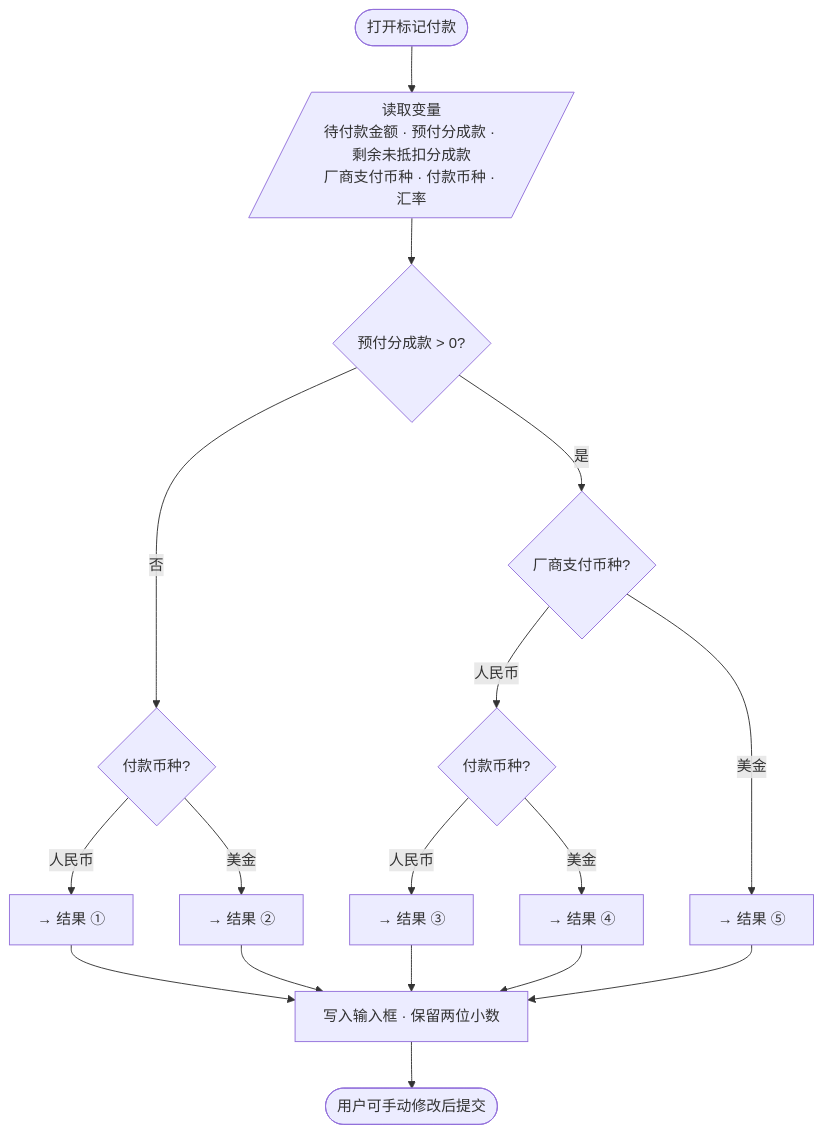
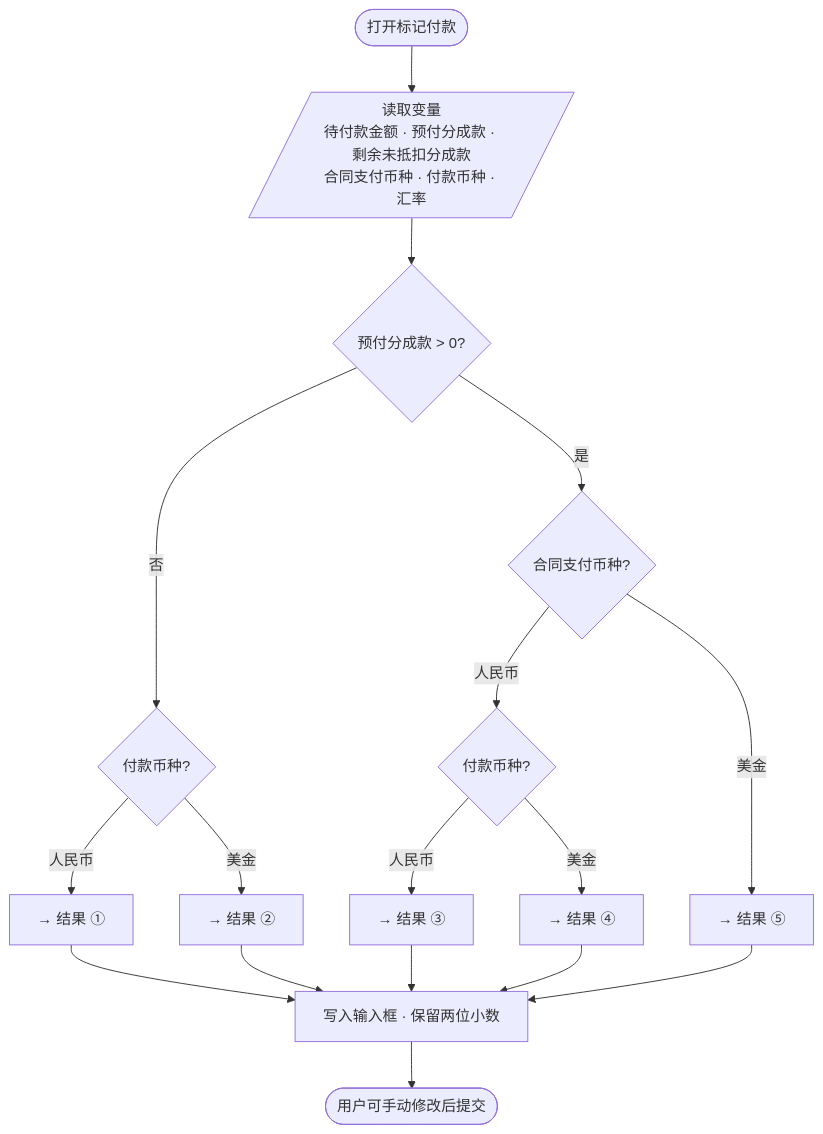
The diagram in src/resources/agent-game-finance/ui-spec.md (carrielilian/49game), drawn with Mermaid before and after one commit. The commit also changed other lines of this file and 110 other files, not shown here.

````diff
--- a/src/resources/agent-game-finance/ui-spec.md
+++ b/src/resources/agent-game-finance/ui-spec.md
@@ -881,19 +924,19 @@
 ```mermaid
 flowchart TB
-  start([打开标记付款]) --> read[/"读取变量<br/>待付款金额 · 预付分成款 · 剩余未抵扣分成款<br/>厂商支付币种 · 付款币种 · 汇率"/]
+  start([打开标记付款]) --> read[/"读取变量<br/>待付款金额 · 预付分成款 · 剩余未抵扣分成款<br/>合同支付币种 · 付款币种 · 汇率"/]
   read --> q1{预付分成款 > 0?}
   q1 -->|否| q2{付款币种?}
   q2 -->|人民币| out1[→ 结果 ①]
   q2 -->|美金| out2[→ 结果 ②]
-  q1 -->|是| q3{厂商支付币种?}
+  q1 -->|是| q3{合同支付币种?}
   q3 -->|人民币| q4{付款币种?}
   q4 -->|人民币| out3[→ 结果 ③]
   q4 -->|美金| out4[→ 结果 ④]
   q3 -->|美金| out5[→ 结果 ⑤]
   out1 --> write[写入输入框 · 保留两位小数]
   out2 --> write
   out3 --> write
   out4 --> write
   out5 --> write
   write --> endNode([用户可手动修改后提交])
 ```
````
